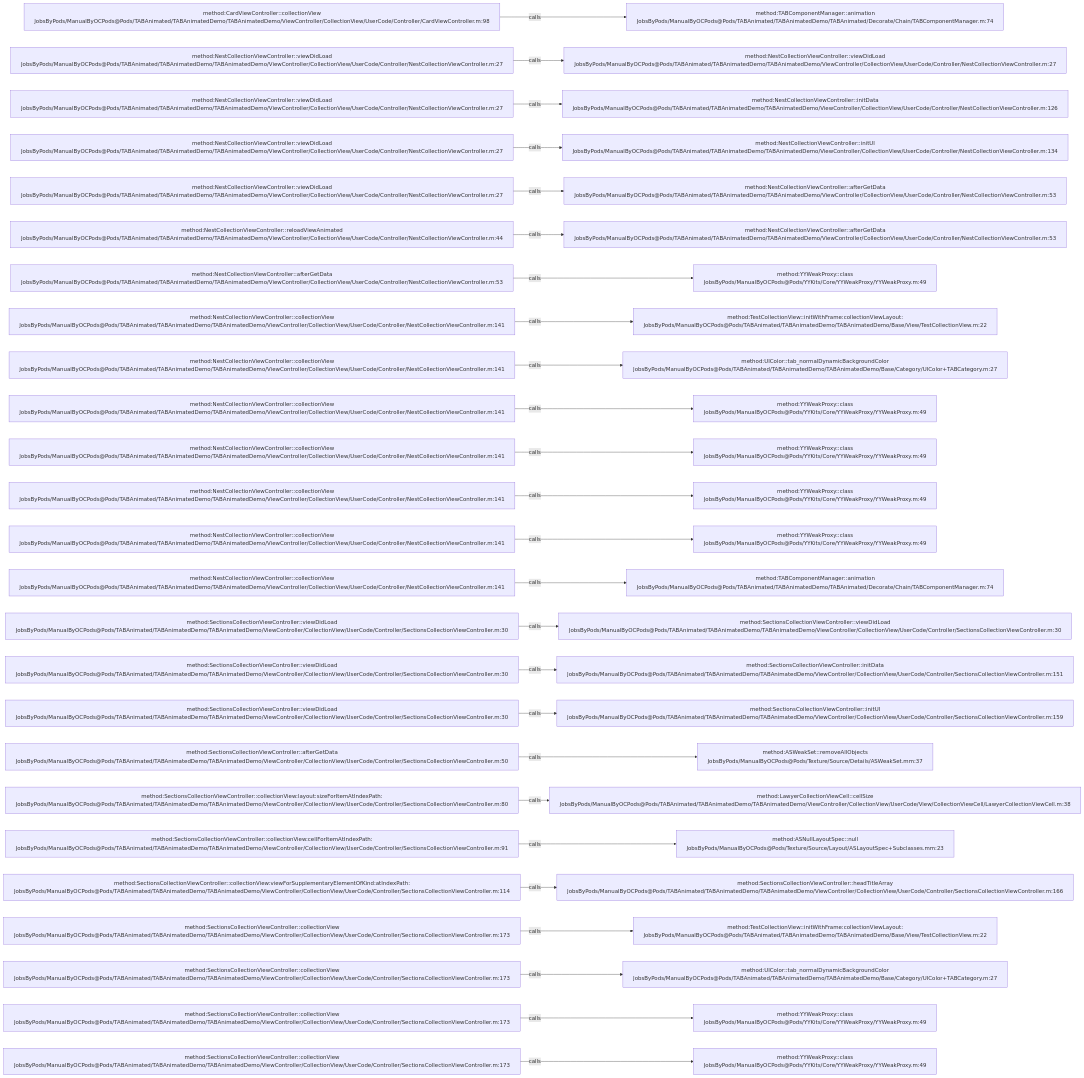
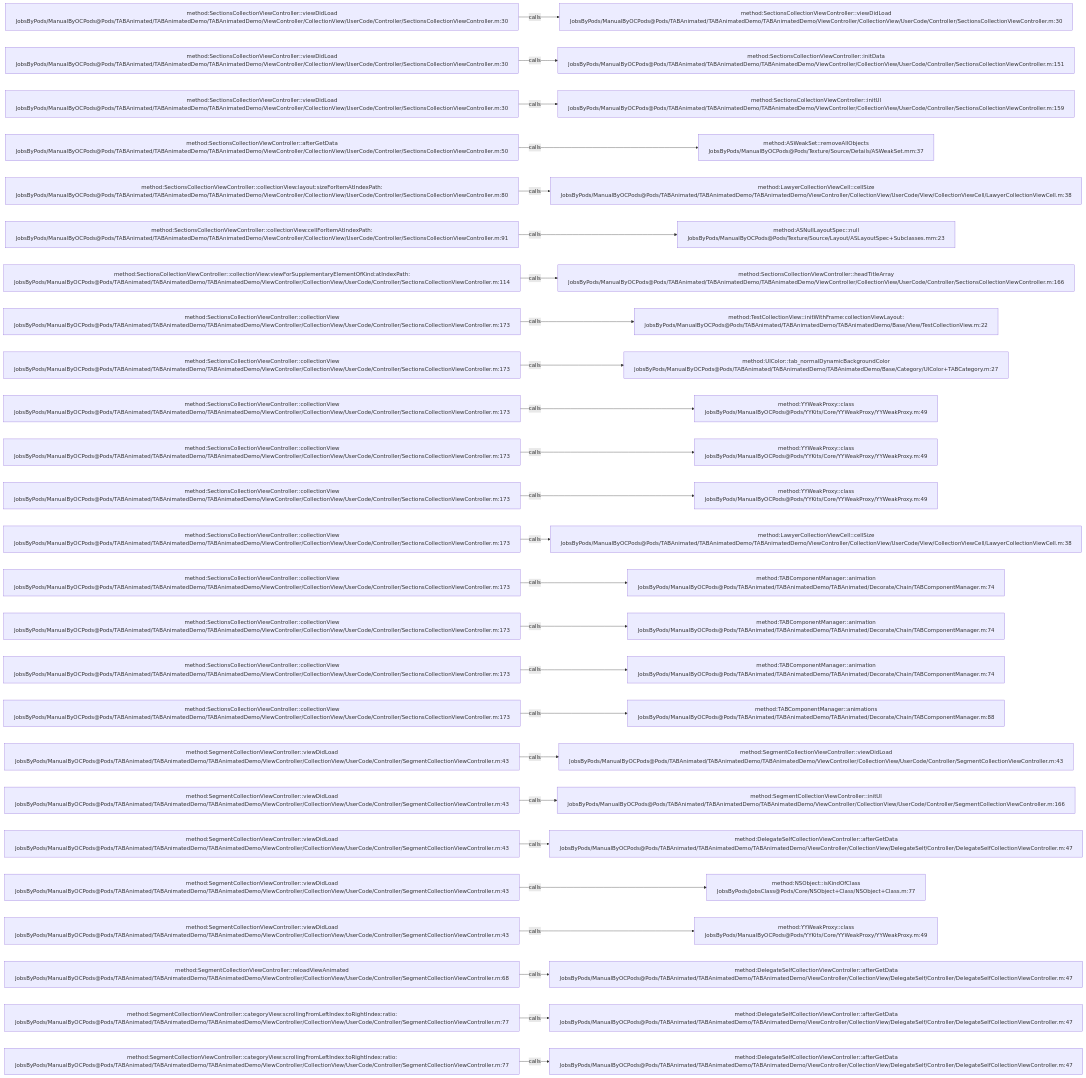
One commit to JobsKits/JobsOCBaseConfigDemo changed the diagram in .codegraph/codegraph.md/graphs/calls-052.md. Above: the diagram before and after it, drawn with Mermaid. The commit also changed 296 other files, not shown here.

````diff
--- a/.codegraph/codegraph.md/graphs/calls-052.md
+++ b/.codegraph/codegraph.md/graphs/calls-052.md
@@ -13,78 +13,78 @@
 ```mermaid
 flowchart LR
-  S1["method:CardViewController::collectionView<br/>JobsByPods/ManualByOCPods@Pods/TABAnimated/TABAnimatedDemo/TABAnimatedDemo/ViewController/CollectionView/UserCode/Controller/CardViewController.m:98"]
-  T1["method:TABComponentManager::animation<br/>JobsByPods/ManualByOCPods@Pods/TABAnimated/TABAnimatedDemo/TABAnimated/Decorate/Chain/TABComponentManager.m:74"]
+  S1["method:SectionsCollectionViewController::viewDidLoad<br/>JobsByPods/ManualByOCPods@Pods/TABAnimated/TABAnimatedDemo/TABAnimatedDemo/ViewController/CollectionView/UserCode/Controller/SectionsCollectionViewController.m:30"]
+  T1["method:SectionsCollectionViewController::viewDidLoad<br/>JobsByPods/ManualByOCPods@Pods/TABAnimated/TABAnimatedDemo/TABAnimatedDemo/ViewController/CollectionView/UserCode/Controller/SectionsCollectionViewController.m:30"]
   S1 -->|calls| T1
-  S2["method:NestCollectionViewController::viewDidLoad<br/>JobsByPods/ManualByOCPods@Pods/TABAnimated/TABAnimatedDemo/TABAnimatedDemo/ViewController/CollectionView/UserCode/Controller/NestCollectionViewController.m:27"]
-  T2["method:NestCollectionViewController::viewDidLoad<br/>JobsByPods/ManualByOCPods@Pods/TABAnimated/TABAnimatedDemo/TABAnimatedDemo/ViewController/CollectionView/UserCode/Controller/NestCollectionViewController.m:27"]
+  S2["method:SectionsCollectionViewController::viewDidLoad<br/>JobsByPods/ManualByOCPods@Pods/TABAnimated/TABAnimatedDemo/TABAnimatedDemo/ViewController/CollectionView/UserCode/Controller/SectionsCollectionViewController.m:30"]
+  T2["method:SectionsCollectionViewController::initData<br/>JobsByPods/ManualByOCPods@Pods/TABAnimated/TABAnimatedDemo/TABAnimatedDemo/ViewController/CollectionView/UserCode/Controller/SectionsCollectionViewController.m:151"]
   S2 -->|calls| T2
-  S3["method:NestCollectionViewController::viewDidLoad<br/>JobsByPods/ManualByOCPods@Pods/TABAnimated/TABAnimatedDemo/TABAnimatedDemo/ViewController/CollectionView/UserCode/Controller/NestCollectionViewController.m:27"]
-  T3["method:NestCollectionViewController::initData<br/>JobsByPods/ManualByOCPods@Pods/TABAnimated/TABAnimatedDemo/TABAnimatedDemo/ViewController/CollectionView/UserCode/Controller/NestCollectionViewController.m:126"]
+  S3["method:SectionsCollectionViewController::viewDidLoad<br/>JobsByPods/ManualByOCPods@Pods/TABAnimated/TABAnimatedDemo/TABAnimatedDemo/ViewController/CollectionView/UserCode/Controller/SectionsCollectionViewController.m:30"]
+  T3["method:SectionsCollectionViewController::initUI<br/>JobsByPods/ManualByOCPods@Pods/TABAnimated/TABAnimatedDemo/TABAnimatedDemo/ViewController/CollectionView/UserCode/Controller/SectionsCollectionViewController.m:159"]
   S3 -->|calls| T3
-  S4["method:NestCollectionViewController::viewDidLoad<br/>JobsByPods/ManualByOCPods@Pods/TABAnimated/TABAnimatedDemo/TABAnimatedDemo/ViewController/CollectionView/UserCode/Controller/NestCollectionViewController.m:27"]
-  T4["method:NestCollectionViewController::initUI<br/>JobsByPods/ManualByOCPods@Pods/TABAnimated/TABAnimatedDemo/TABAnimatedDemo/ViewController/CollectionView/UserCode/Controller/NestCollectionViewController.m:134"]
+  S4["method:SectionsCollectionViewController::afterGetData<br/>JobsByPods/ManualByOCPods@Pods/TABAnimated/TABAnimatedDemo/TABAnimatedDemo/ViewController/CollectionView/UserCode/Controller/SectionsCollectionViewController.m:50"]
+  T4["method:ASWeakSet::removeAllObjects<br/>JobsByPods/ManualByOCPods@Pods/Texture/Source/Details/ASWeakSet.mm:37"]
   S4 -->|calls| T4
-  S5["method:NestCollectionViewController::viewDidLoad<br/>JobsByPods/ManualByOCPods@Pods/TABAnimated/TABAnimatedDemo/TABAnimatedDemo/ViewController/CollectionView/UserCode/Controller/NestCollectionViewController.m:27"]
-  T5["method:NestCollectionViewController::afterGetData<br/>JobsByPods/ManualByOCPods@Pods/TABAnimated/TABAnimatedDemo/TABAnimatedDemo/ViewController/CollectionView/UserCode/Controller/NestCollectionViewController.m:53"]
+  S5["method:SectionsCollectionViewController::collectionView:layout:sizeForItemAtIndexPath:<br/>JobsByPods/ManualByOCPods@Pods/TABAnimated/TABAnimatedDemo/TABAnimatedDemo/ViewController/CollectionView/UserCode/Controller/SectionsCollectionViewController.m:80"]
+  T5["method:LawyerCollectionViewCell::cellSize<br/>JobsByPods/ManualByOCPods@Pods/TABAnimated/TABAnimatedDemo/TABAnimatedDemo/ViewController/CollectionView/UserCode/View/CollectionViewCell/LawyerCollectionViewCell.m:38"]
   S5 -->|calls| T5
-  S6["method:NestCollectionViewController::reloadViewAnimated<br/>JobsByPods/ManualByOCPods@Pods/TABAnimated/TABAnimatedDemo/TABAnimatedDemo/ViewController/CollectionView/UserCode/Controller/NestCollectionViewController.m:44"]
-  T6["method:NestCollectionViewController::afterGetData<br/>JobsByPods/ManualByOCPods@Pods/TABAnimated/TABAnimatedDemo/TABAnimatedDemo/ViewController/CollectionView/UserCode/Controller/NestCollectionViewController.m:53"]
+  S6["method:SectionsCollectionViewController::collectionView:cellForItemAtIndexPath:<br/>JobsByPods/ManualByOCPods@Pods/TABAnimated/TABAnimatedDemo/TABAnimatedDemo/ViewController/CollectionView/UserCode/Controller/SectionsCollectionViewController.m:91"]
+  T6["method:ASNullLayoutSpec::null<br/>JobsByPods/ManualByOCPods@Pods/Texture/Source/Layout/ASLayoutSpec+Subclasses.mm:23"]
   S6 -->|calls| T6
-  S7["method:NestCollectionViewController::afterGetData<br/>JobsByPods/ManualByOCPods@Pods/TABAnimated/TABAnimatedDemo/TABAnimatedDemo/ViewController/CollectionView/UserCode/Controller/NestCollectionViewController.m:53"]
-  T7["method:YYWeakProxy::class<br/>JobsByPods/ManualByOCPods@Pods/YYKits/Core/YYWeakProxy/YYWeakProxy.m:49"]
+  S7["method:SectionsCollectionViewController::collectionView:viewForSupplementaryElementOfKind:atIndexPath:<br/>JobsByPods/ManualByOCPods@Pods/TABAnimated/TABAnimatedDemo/TABAnimatedDemo/ViewController/CollectionView/UserCode/Controller/SectionsCollectionViewController.m:114"]
+  T7["method:SectionsCollectionViewController::headTitleArray<br/>JobsByPods/ManualByOCPods@Pods/TABAnimated/TABAnimatedDemo/TABAnimatedDemo/ViewController/CollectionView/UserCode/Controller/SectionsCollectionViewController.m:166"]
   S7 -->|calls| T7
-  S8["method:NestCollectionViewController::collectionView<br/>JobsByPods/ManualByOCPods@Pods/TABAnimated/TABAnimatedDemo/TABAnimatedDemo/ViewController/CollectionView/UserCode/Controller/NestCollectionViewController.m:141"]
+  S8["method:SectionsCollectionViewController::collectionView<br/>JobsByPods/ManualByOCPods@Pods/TABAnimated/TABAnimatedDemo/TABAnimatedDemo/ViewController/CollectionView/UserCode/Controller/SectionsCollectionViewController.m:173"]
   T8["method:TestCollectionView::initWithFrame:collectionViewLayout:<br/>JobsByPods/ManualByOCPods@Pods/TABAnimated/TABAnimatedDemo/TABAnimatedDemo/Base/View/TestCollectionView.m:22"]
   S8 -->|calls| T8
-  S9["method:NestCollectionViewController::collectionView<br/>JobsByPods/ManualByOCPods@Pods/TABAnimated/TABAnimatedDemo/TABAnimatedDemo/ViewController/CollectionView/UserCode/Controller/NestCollectionViewController.m:141"]
+  S9["method:SectionsCollectionViewController::collectionView<br/>JobsByPods/ManualByOCPods@Pods/TABAnimated/TABAnimatedDemo/TABAnimatedDemo/ViewController/CollectionView/UserCode/Controller/SectionsCollectionViewController.m:173"]
   T9["method:UIColor::tab_normalDynamicBackgroundColor<br/>JobsByPods/ManualByOCPods@Pods/TABAnimated/TABAnimatedDemo/TABAnimatedDemo/Base/Category/UIColor+TABCategory.m:27"]
   S9 -->|calls| T9
-  S10["method:NestCollectionViewController::collectionView<br/>JobsByPods/ManualByOCPods@Pods/TABAnimated/TABAnimatedDemo/TABAnimatedDemo/ViewController/CollectionView/UserCode/Controller/NestCollectionViewController.m:141"]
+  S10["method:SectionsCollectionViewController::collectionView<br/>JobsByPods/ManualByOCPods@Pods/TABAnimated/TABAnimatedDemo/TABAnimatedDemo/ViewController/CollectionView/UserCode/Controller/SectionsCollectionViewController.m:173"]
   T10["method:YYWeakProxy::class<br/>JobsByPods/ManualByOCPods@Pods/YYKits/Core/YYWeakProxy/YYWeakProxy.m:49"]
   S10 -->|calls| T10
-  S11["method:NestCollectionViewController::collectionView<br/>JobsByPods/ManualByOCPods@Pods/TABAnimated/TABAnimatedDemo/TABAnimatedDemo/ViewController/CollectionView/UserCode/Controller/NestCollectionViewController.m:141"]
+  S11["method:SectionsCollectionViewController::collectionView<br/>JobsByPods/ManualByOCPods@Pods/TABAnimated/TABAnimatedDemo/TABAnimatedDemo/ViewController/CollectionView/UserCode/Controller/SectionsCollectionViewController.m:173"]
   T11["method:YYWeakProxy::class<br/>JobsByPods/ManualByOCPods@Pods/YYKits/Core/YYWeakProxy/YYWeakProxy.m:49"]
   S11 -->|calls| T11
-  S12["method:NestCollectionViewController::collectionView<br/>JobsByPods/ManualByOCPods@Pods/TABAnimated/TABAnimatedDemo/TABAnimatedDemo/ViewController/CollectionView/UserCode/Controller/NestCollectionViewController.m:141"]
+  S12["method:SectionsCollectionViewController::collectionView<br/>JobsByPods/ManualByOCPods@Pods/TABAnimated/TABAnimatedDemo/TABAnimatedDemo/ViewController/CollectionView/UserCode/Controller/SectionsCollectionViewController.m:173"]
   T12["method:YYWeakProxy::class<br/>JobsByPods/ManualByOCPods@Pods/YYKits/Core/YYWeakProxy/YYWeakProxy.m:49"]
   S12 -->|calls| T12
-  S13["method:NestCollectionViewController::collectionView<br/>JobsByPods/ManualByOCPods@Pods/TABAnimated/TABAnimatedDemo/TABAnimatedDemo/ViewController/CollectionView/UserCode/Controller/NestCollectionViewController.m:141"]
-  T13["method:YYWeakProxy::class<br/>JobsByPods/ManualByOCPods@Pods/YYKits/Core/YYWeakProxy/YYWeakProxy.m:49"]
+  S13["method:SectionsCollectionViewController::collectionView<br/>JobsByPods/ManualByOCPods@Pods/TABAnimated/TABAnimatedDemo/TABAnimatedDemo/ViewController/CollectionView/UserCode/Controller/SectionsCollectionViewController.m:173"]
+  T13["method:LawyerCollectionViewCell::cellSize<br/>JobsByPods/ManualByOCPods@Pods/TABAnimated/TABAnimatedDemo/TABAnimatedDemo/ViewController/CollectionView/UserCode/View/CollectionViewCell/LawyerCollectionViewCell.m:38"]
   S13 -->|calls| T13
-  S14["method:NestCollectionViewController::collectionView<br/>JobsByPods/ManualByOCPods@Pods/TABAnimated/TABAnimatedDemo/TABAnimatedDemo/ViewController/CollectionView/UserCode/Controller/NestCollectionViewController.m:141"]
+  S14["method:SectionsCollectionViewController::collectionView<br/>JobsByPods/ManualByOCPods@Pods/TABAnimated/TABAnimatedDemo/TABAnimatedDemo/ViewController/CollectionView/UserCode/Controller/SectionsCollectionViewController.m:173"]
   T14["method:TABComponentManager::animation<br/>JobsByPods/ManualByOCPods@Pods/TABAnimated/TABAnimatedDemo/TABAnimated/Decorate/Chain/TABComponentManager.m:74"]
   S14 -->|calls| T14
-  S15["method:SectionsCollectionViewController::viewDidLoad<br/>JobsByPods/ManualByOCPods@Pods/TABAnimated/TABAnimatedDemo/TABAnimatedDemo/ViewController/CollectionView/UserCode/Controller/SectionsCollectionViewController.m:30"]
-  T15["method:SectionsCollectionViewController::viewDidLoad<br/>JobsByPods/ManualByOCPods@Pods/TABAnimated/TABAnimatedDemo/TABAnimatedDemo/ViewController/CollectionView/UserCode/Controller/SectionsCollectionViewController.m:30"]
+  S15["method:SectionsCollectionViewController::collectionView<br/>JobsByPods/ManualByOCPods@Pods/TABAnimated/TABAnimatedDemo/TABAnimatedDemo/ViewController/CollectionView/UserCode/Controller/SectionsCollectionViewController.m:173"]
+  T15["method:TABComponentManager::animation<br/>JobsByPods/ManualByOCPods@Pods/TABAnimated/TABAnimatedDemo/TABAnimated/Decorate/Chain/TABComponentManager.m:74"]
   S15 -->|calls| T15
-  S16["method:SectionsCollectionViewController::viewDidLoad<br/>JobsByPods/ManualByOCPods@Pods/TABAnimated/TABAnimatedDemo/TABAnimatedDemo/ViewController/CollectionView/UserCode/Controller/SectionsCollectionViewController.m:30"]
-  T16["method:SectionsCollectionViewController::initData<br/>JobsByPods/ManualByOCPods@Pods/TABAnimated/TABAnimatedDemo/TABAnimatedDemo/ViewController/CollectionView/UserCode/Controller/SectionsCollectionViewController.m:151"]
+  S16["method:SectionsCollectionViewController::collectionView<br/>JobsByPods/ManualByOCPods@Pods/TABAnimated/TABAnimatedDemo/TABAnimatedDemo/ViewController/CollectionView/UserCode/Controller/SectionsCollectionViewController.m:173"]
+  T16["method:TABComponentManager::animation<br/>JobsByPods/ManualByOCPods@Pods/TABAnimated/TABAnimatedDemo/TABAnimated/Decorate/Chain/TABComponentManager.m:74"]
   S16 -->|calls| T16
-  S17["method:SectionsCollectionViewController::viewDidLoad<br/>JobsByPods/ManualByOCPods@Pods/TABAnimated/TABAnimatedDemo/TABAnimatedDemo/ViewController/CollectionView/UserCode/Controller/SectionsCollectionViewController.m:30"]
-  T17["method:SectionsCollectionViewController::initUI<br/>JobsByPods/ManualByOCPods@Pods/TABAnimated/TABAnimatedDemo/TABAnimatedDemo/ViewController/CollectionView/UserCode/Controller/SectionsCollectionViewController.m:159"]
+  S17["method:SectionsCollectionViewController::collectionView<br/>JobsByPods/ManualByOCPods@Pods/TABAnimated/TABAnimatedDemo/TABAnimatedDemo/ViewController/CollectionView/UserCode/Controller/SectionsCollectionViewController.m:173"]
+  T17["method:TABComponentManager::animations<br/>JobsByPods/ManualByOCPods@Pods/TABAnimated/TABAnimatedDemo/TABAnimated/Decorate/Chain/TABComponentManager.m:88"]
   S17 -->|calls| T17
-  S18["method:SectionsCollectionViewController::afterGetData<br/>JobsByPods/ManualByOCPods@Pods/TABAnimated/TABAnimatedDemo/TABAnimatedDemo/ViewController/CollectionView/UserCode/Controller/SectionsCollectionViewController.m:50"]
-  T18["method:ASWeakSet::removeAllObjects<br/>JobsByPods/ManualByOCPods@Pods/Texture/Source/Details/ASWeakSet.mm:37"]
+  S18["method:SegmentCollectionViewController::viewDidLoad<br/>JobsByPods/ManualByOCPods@Pods/TABAnimated/TABAnimatedDemo/TABAnimatedDemo/ViewController/CollectionView/UserCode/Controller/SegmentCollectionViewController.m:43"]
+  T18["method:SegmentCollectionViewController::viewDidLoad<br/>JobsByPods/ManualByOCPods@Pods/TABAnimated/TABAnimatedDemo/TABAnimatedDemo/ViewController/CollectionView/UserCode/Controller/SegmentCollectionViewController.m:43"]
   S18 -->|calls| T18
-  S19["method:SectionsCollectionViewController::collectionView:layout:sizeForItemAtIndexPath:<br/>JobsByPods/ManualByOCPods@Pods/TABAnimated/TABAnimatedDemo/TABAnimatedDemo/ViewController/CollectionView/UserCode/Controller/SectionsCollectionViewController.m:80"]
-  T19["method:LawyerCollectionViewCell::cellSize<br/>JobsByPods/ManualByOCPods@Pods/TABAnimated/TABAnimatedDemo/TABAnimatedDemo/ViewController/CollectionView/UserCode/View/CollectionViewCell/LawyerCollectionViewCell.m:38"]
+  S19["method:SegmentCollectionViewController::viewDidLoad<br/>JobsByPods/ManualByOCPods@Pods/TABAnimated/TABAnimatedDemo/TABAnimatedDemo/ViewController/CollectionView/UserCode/Controller/SegmentCollectionViewController.m:43"]
+  T19["method:SegmentCollectionViewController::initUI<br/>JobsByPods/ManualByOCPods@Pods/TABAnimated/TABAnimatedDemo/TABAnimatedDemo/ViewController/CollectionView/UserCode/Controller/SegmentCollectionViewController.m:166"]
   S19 -->|calls| T19
-  S20["method:SectionsCollectionViewController::collectionView:cellForItemAtIndexPath:<br/>JobsByPods/ManualByOCPods@Pods/TABAnimated/TABAnimatedDemo/TABAnimatedDemo/ViewController/CollectionView/UserCode/Controller/SectionsCollectionViewController.m:91"]
-  T20["method:ASNullLayoutSpec::null<br/>JobsByPods/ManualByOCPods@Pods/Texture/Source/Layout/ASLayoutSpec+Subclasses.mm:23"]
+  S20["method:SegmentCollectionViewController::viewDidLoad<br/>JobsByPods/ManualByOCPods@Pods/TABAnimated/TABAnimatedDemo/TABAnimatedDemo/ViewController/CollectionView/UserCode/Controller/SegmentCollectionViewController.m:43"]
+  T20["method:DelegateSelfCollectionViewController::afterGetData<br/>JobsByPods/ManualByOCPods@Pods/TABAnimated/TABAnimatedDemo/TABAnimatedDemo/ViewController/CollectionView/DelegateSelf/Controller/DelegateSelfCollectionViewController.m:47"]
   S20 -->|calls| T20
-  S21["method:SectionsCollectionViewController::collectionView:viewForSupplementaryElementOfKind:atIndexPath:<br/>JobsByPods/ManualByOCPods@Pods/TABAnimated/TABAnimatedDemo/TABAnimatedDemo/ViewController/CollectionView/UserCode/Controller/SectionsCollectionViewController.m:114"]
-  T21["method:SectionsCollectionViewController::headTitleArray<br/>JobsByPods/ManualByOCPods@Pods/TABAnimated/TABAnimatedDemo/TABAnimatedDemo/ViewController/CollectionView/UserCode/Controller/SectionsCollectionViewController.m:166"]
+  S21["method:SegmentCollectionViewController::viewDidLoad<br/>JobsByPods/ManualByOCPods@Pods/TABAnimated/TABAnimatedDemo/TABAnimatedDemo/ViewController/CollectionView/UserCode/Controller/SegmentCollectionViewController.m:43"]
+  T21["method:NSObject::isKindOfClass<br/>JobsByPods/JobsClass@Pods/Core/NSObject+Class/NSObject+Class.m:77"]
   S21 -->|calls| T21
-  S22["method:SectionsCollectionViewController::collectionView<br/>JobsByPods/ManualByOCPods@Pods/TABAnimated/TABAnimatedDemo/TABAnimatedDemo/ViewController/CollectionView/UserCode/Controller/SectionsCollectionViewController.m:173"]
-  T22["method:TestCollectionView::initWithFrame:collectionViewLayout:<br/>JobsByPods/ManualByOCPods@Pods/TABAnimated/TABAnimatedDemo/TABAnimatedDemo/Base/View/TestCollectionView.m:22"]
+  S22["method:SegmentCollectionViewController::viewDidLoad<br/>JobsByPods/ManualByOCPods@Pods/TABAnimated/TABAnimatedDemo/TABAnimatedDemo/ViewController/CollectionView/UserCode/Controller/SegmentCollectionViewController.m:43"]
+  T22["method:YYWeakProxy::class<br/>JobsByPods/ManualByOCPods@Pods/YYKits/Core/YYWeakProxy/YYWeakProxy.m:49"]
   S22 -->|calls| T22
-  S23["method:SectionsCollectionViewController::collectionView<br/>JobsByPods/ManualByOCPods@Pods/TABAnimated/TABAnimatedDemo/TABAnimatedDemo/ViewController/CollectionView/UserCode/Controller/SectionsCollectionViewController.m:173"]
-  T23["method:UIColor::tab_normalDynamicBackgroundColor<br/>JobsByPods/ManualByOCPods@Pods/TABAnimated/TABAnimatedDemo/TABAnimatedDemo/Base/Category/UIColor+TABCategory.m:27"]
+  S23["method:SegmentCollectionViewController::reloadViewAnimated<br/>JobsByPods/ManualByOCPods@Pods/TABAnimated/TABAnimatedDemo/TABAnimatedDemo/ViewController/CollectionView/UserCode/Controller/SegmentCollectionViewController.m:68"]
+  T23["method:DelegateSelfCollectionViewController::afterGetData<br/>JobsByPods/ManualByOCPods@Pods/TABAnimated/TABAnimatedDemo/TABAnimatedDemo/ViewController/CollectionView/DelegateSelf/Controller/DelegateSelfCollectionViewController.m:47"]
   S23 -->|calls| T23
-  S24["method:SectionsCollectionViewController::collectionView<br/>JobsByPods/ManualByOCPods@Pods/TABAnimated/TABAnimatedDemo/TABAnimatedDemo/ViewController/CollectionView/UserCode/Controller/SectionsCollectionViewController.m:173"]
-  T24["method:YYWeakProxy::class<br/>JobsByPods/ManualByOCPods@Pods/YYKits/Core/YYWeakProxy/YYWeakProxy.m:49"]
+  S24["method:SegmentCollectionViewController::categoryView:scrollingFromLeftIndex:toRightIndex:ratio:<br/>JobsByPods/ManualByOCPods@Pods/TABAnimated/TABAnimatedDemo/TABAnimatedDemo/ViewController/CollectionView/UserCode/Controller/SegmentCollectionViewController.m:77"]
+  T24["method:DelegateSelfCollectionViewController::afterGetData<br/>JobsByPods/ManualByOCPods@Pods/TABAnimated/TABAnimatedDemo/TABAnimatedDemo/ViewController/CollectionView/DelegateSelf/Controller/DelegateSelfCollectionViewController.m:47"]
   S24 -->|calls| T24
-  S25["method:SectionsCollectionViewController::collectionView<br/>JobsByPods/ManualByOCPods@Pods/TABAnimated/TABAnimatedDemo/TABAnimatedDemo/ViewController/CollectionView/UserCode/Controller/SectionsCollectionViewController.m:173"]
-  T25["method:YYWeakProxy::class<br/>JobsByPods/ManualByOCPods@Pods/YYKits/Core/YYWeakProxy/YYWeakProxy.m:49"]
+  S25["method:SegmentCollectionViewController::categoryView:scrollingFromLeftIndex:toRightIndex:ratio:<br/>JobsByPods/ManualByOCPods@Pods/TABAnimated/TABAnimatedDemo/TABAnimatedDemo/ViewController/CollectionView/UserCode/Controller/SegmentCollectionViewController.m:77"]
+  T25["method:DelegateSelfCollectionViewController::afterGetData<br/>JobsByPods/ManualByOCPods@Pods/TABAnimated/TABAnimatedDemo/TABAnimatedDemo/ViewController/CollectionView/DelegateSelf/Controller/DelegateSelfCollectionViewController.m:47"]
   S25 -->|calls| T25
 ```
````
